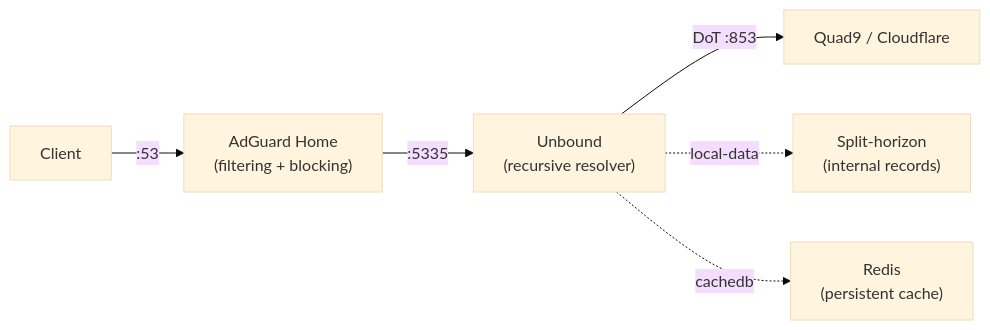
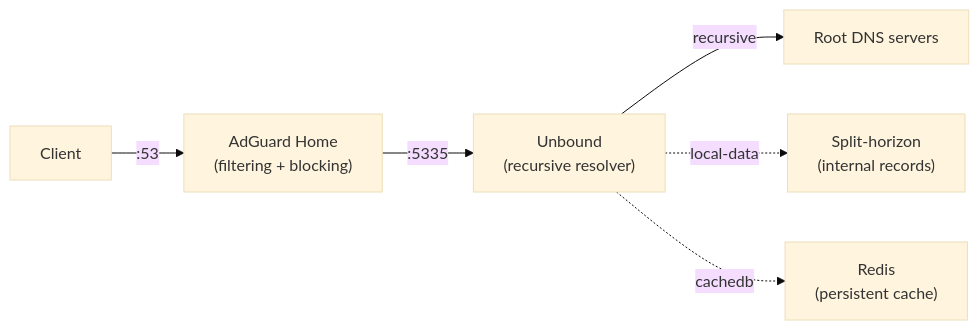
One commit to DevSecNinja/truenas-apps changed the diagram in services/adguard/README.md. Above: the diagram before and after it, drawn with Mermaid (base theme). The commit also changed other lines of this file and 4 other files, not shown here.

First line of the commit message:
chore(adguard): migrate from Quad9 to root DNS servers

````diff
--- a/services/adguard/README.md
+++ b/services/adguard/README.md
@@ -31,8 +31,8 @@
 ```mermaid
 flowchart LR
     Client -->|":53"| AdGuard["AdGuard Home\n(filtering + blocking)"]
     AdGuard -->|":5335"| Unbound["Unbound\n(recursive resolver)"]
-    Unbound -->|"DoT :853"| Upstream["Quad9 / Cloudflare"]
+    Unbound -->|"recursive"| Root["Root DNS servers"]
     Unbound -.->|"local-data"| Split["Split-horizon\n(internal records)"]
     Unbound -.->|"cachedb"| Redis["Redis\n(persistent cache)"]
 ```
````
